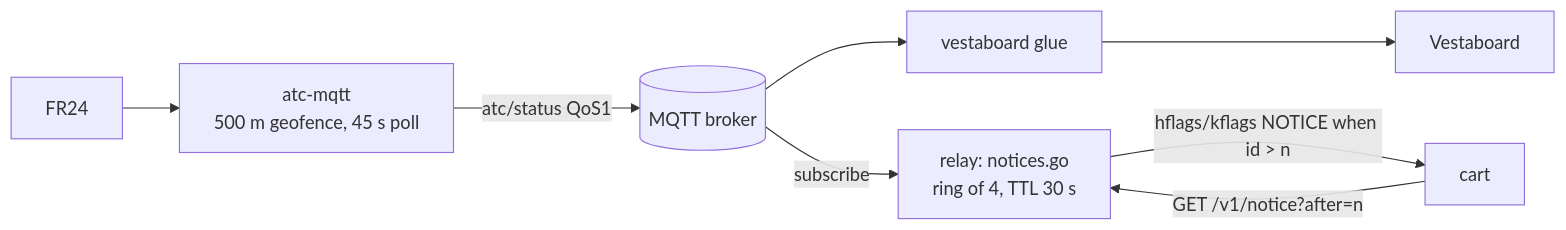
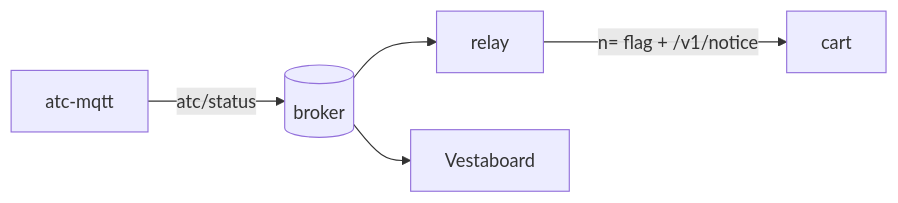
One commit to jfryman/mega-wifi-radar changed the diagram in lode/plans/flyover-notices.md. Above: the diagram before and after it, drawn with Mermaid. The commit also changed other lines of this file and 48 other files, not shown here.

First line of the commit message:
Flyover notices on the cart: contract v4, radar banner, cockpit HUD, FM chime

````diff
--- a/lode/plans/flyover-notices.md
+++ b/lode/plans/flyover-notices.md
@@ -21,9 +12,5 @@
 ```mermaid
 flowchart LR
-  FR[FR24] --> ATC[atc-mqtt<br/>500 m geofence, 45 s poll]
-  ATC -- atc/status QoS1 --> BRK[(MQTT broker)]
-  BRK --> VB[vestaboard glue] --> VBD[Vestaboard]
-  BRK -- subscribe --> RL[relay: notices.go<br/>ring of 4, TTL 30 s]
-  RL -- hflags/kflags NOTICE when id > n --> CART[cart]
-  CART -- GET /v1/notice?after=n --> RL
+  ATC[atc-mqtt] -- atc/status --> BRK[(broker)] --> RL[relay] -- n= flag + /v1/notice --> CART[cart]
+  BRK --> VB[Vestaboard]
 ```
````
